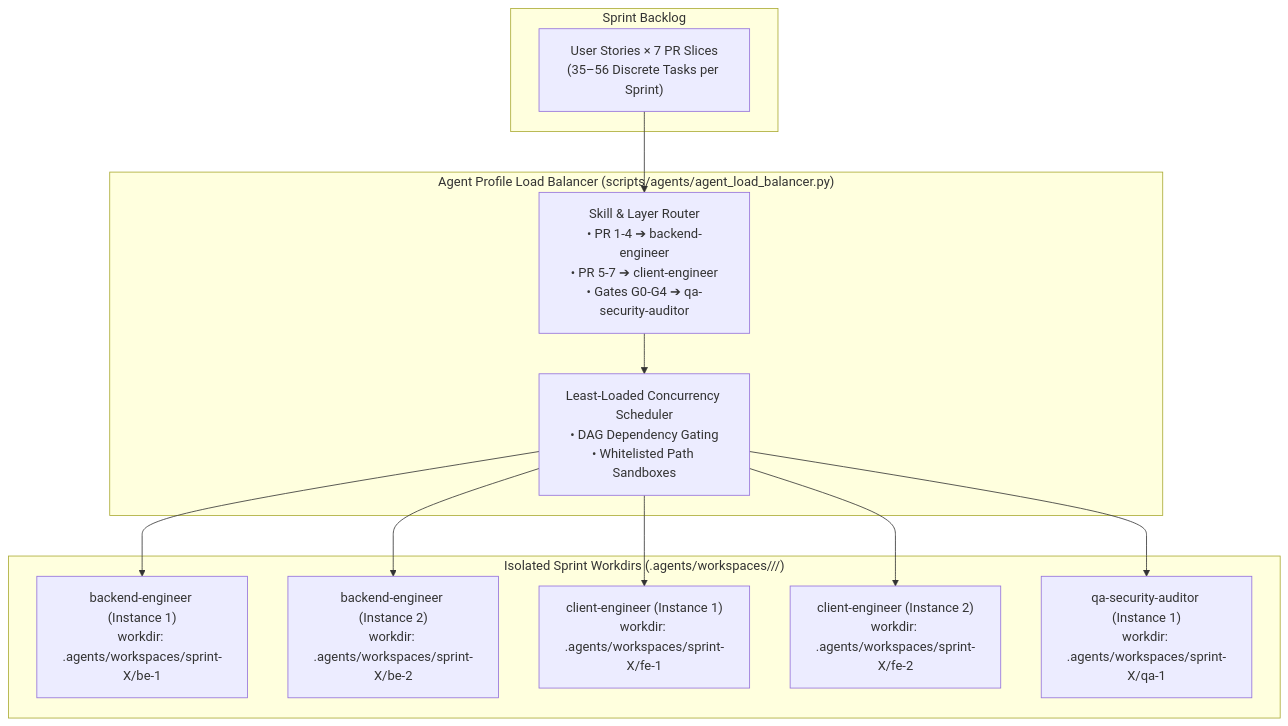
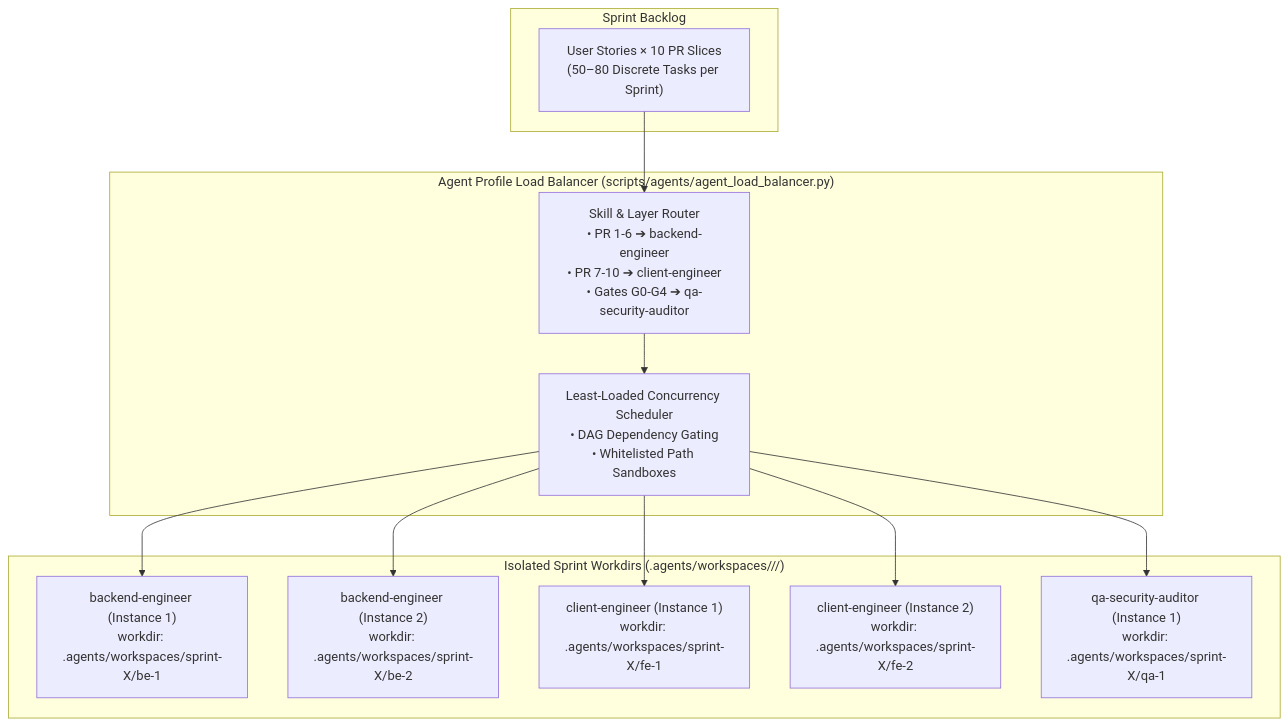
Before and after one commit to maheraladdin/some-commerce: the second of 3 diagrams in docs/sprints/README.md, drawn with Mermaid. The commit also changed other lines of this file and 11 other files, not shown here.

Commit message:
docs(sprints): expand multi-agent implementation plans from 7 to 10 PRs aligned with 10-pillar architecture

````diff
--- a/docs/sprints/README.md
+++ b/docs/sprints/README.md
@@ -51,27 +65,27 @@
 ```mermaid
 flowchart TD
     subgraph "Sprint Backlog"
-        STORIES["User Stories × 7 PR Slices<br/>(35–56 Discrete Tasks per Sprint)"]
+        STORIES["User Stories × 10 PR Slices<br/>(50–80 Discrete Tasks per Sprint)"]
     end
 
     subgraph "Agent Profile Load Balancer (scripts/agents/agent_load_balancer.py)"
-        ROUTER["Skill & Layer Router<br/>• PR 1-4 ➔ backend-engineer<br/>• PR 5-7 ➔ client-engineer<br/>• Gates G0-G4 ➔ qa-security-auditor"]
+        ROUTER["Skill & Layer Router<br/>• PR 1-6 ➔ backend-engineer<br/>• PR 7-10 ➔ client-engineer<br/>• Gates G0-G4 ➔ qa-security-auditor"]
         SCHEDULER["Least-Loaded Concurrency Scheduler<br/>• DAG Dependency Gating<br/>• Whitelisted Path Sandboxes"]
     end
 
     subgraph "Isolated Sprint Workdirs (.agents/workspaces/<sprint>/<agent>/)"
         BE1["backend-engineer (Instance 1)<br/>workdir: .agents/workspaces/sprint-X/be-1"]
         BE2["backend-engineer (Instance 2)<br/>workdir: .agents/workspaces/sprint-X/be-2"]
         FE1["client-engineer (Instance 1)<br/>workdir: .agents/workspaces/sprint-X/fe-1"]
         FE2["client-engineer (Instance 2)<br/>workdir: .agents/workspaces/sprint-X/fe-2"]
         QA1["qa-security-auditor (Instance 1)<br/>workdir: .agents/workspaces/sprint-X/qa-1"]
     end
 
     STORIES --> ROUTER
     ROUTER --> SCHEDULER
     SCHEDULER --> BE1
     SCHEDULER --> BE2
     SCHEDULER --> FE1
     SCHEDULER --> FE2
     SCHEDULER --> QA1
 ```
````
